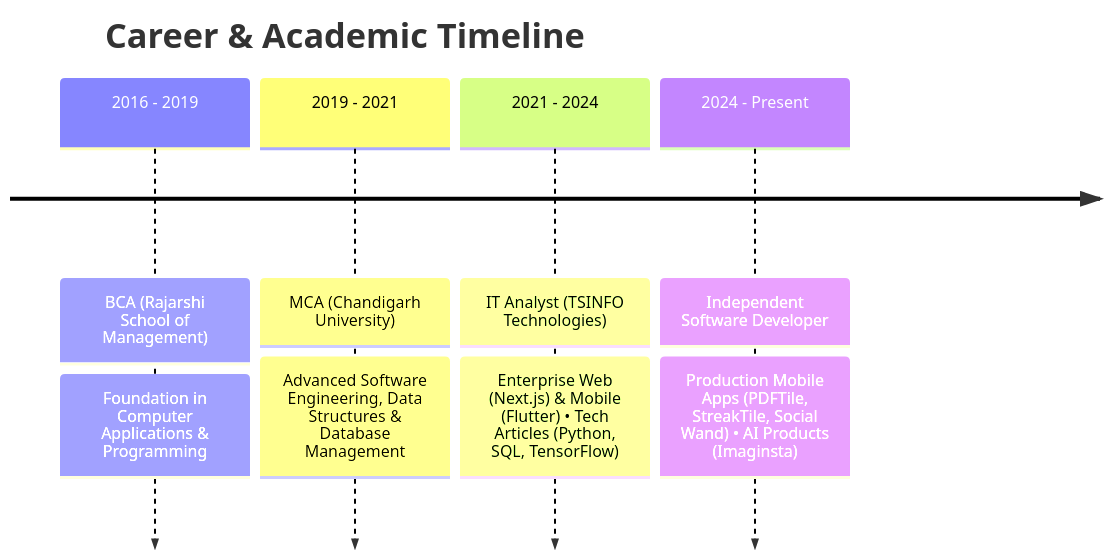
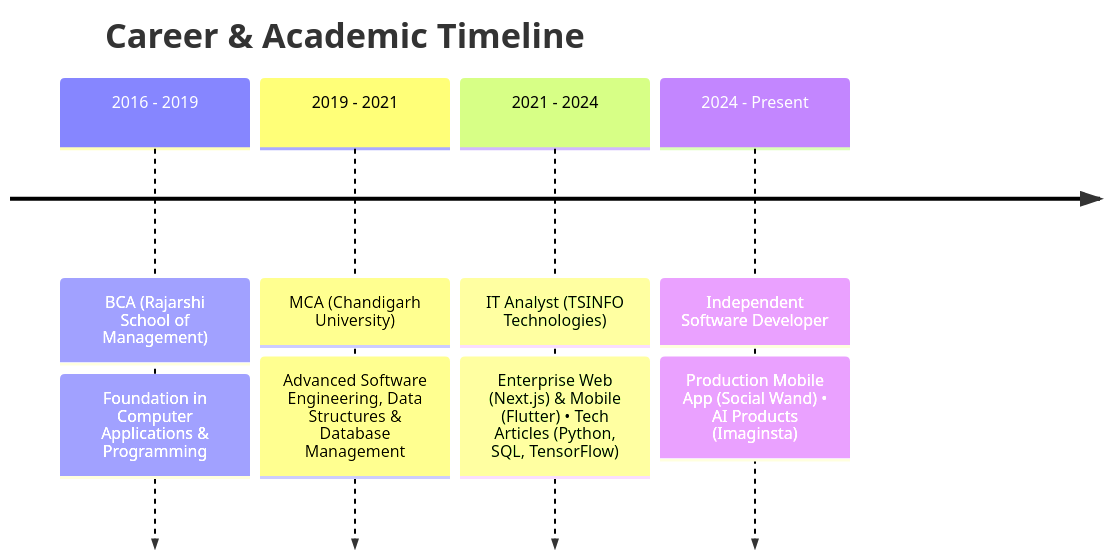
The diagram in README.md (KS9004/KS9004), drawn with Mermaid before and after one commit. The commit also changed other lines of this file, not shown here.

Commit message:
Update selected projects: add Social Wand Play Store link and Imaginsta website; remove unpublished apps

````diff
--- a/README.md
+++ b/README.md
@@ -92,8 +87,8 @@
 ```mermaid
 timeline
     title Career & Academic Timeline
     2016 - 2019 : BCA (Rajarshi School of Management) : Foundation in Computer Applications & Programming
     2019 - 2021 : MCA (Chandigarh University) : Advanced Software Engineering, Data Structures & Database Management
     2021 - 2024 : IT Analyst (TSINFO Technologies) : Enterprise Web (Next.js) & Mobile (Flutter) • Tech Articles (Python, SQL, TensorFlow)
-    2024 - Present : Independent Software Developer : Production Mobile Apps (PDFTile, StreakTile, Social Wand) • AI Products (Imaginsta)
+    2024 - Present : Independent Software Developer : Production Mobile App (Social Wand) • AI Products (Imaginsta)
 ```
````
